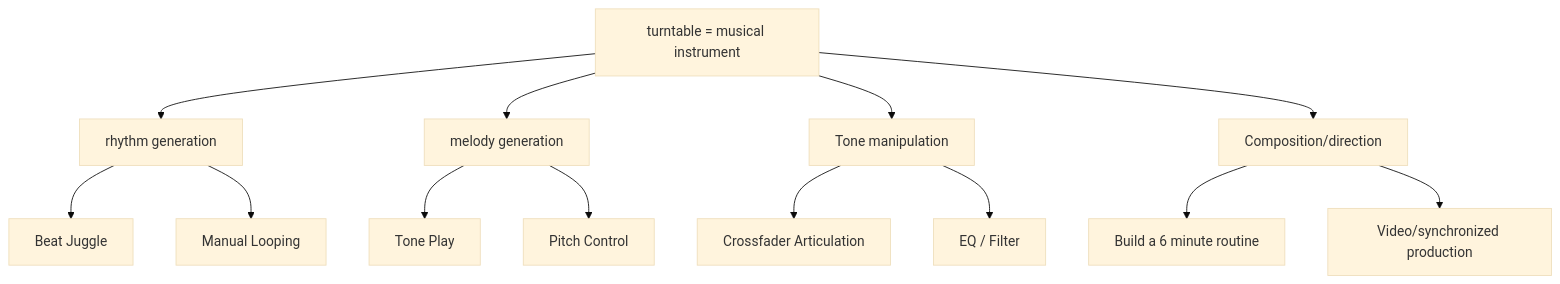
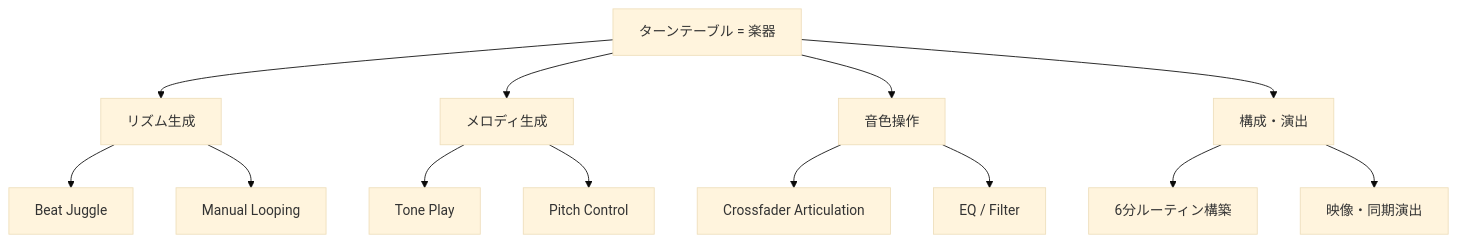
One commit to monumental-movement/monumental-movement.github.io changed the seventh of 9 diagrams in en/_posts/2025-11-23-column-dmc-world-dj-championship.md. Above: the diagram before and after it, drawn with Mermaid (base theme). The commit also changed other lines of this file and 2196 other files, not shown here.

```diff
--- a/en/_posts/2025-11-23-column-dmc-world-dj-championship.md
+++ b/en/_posts/2025-11-23-column-dmc-world-dj-championship.md
@@ -355,19 +354,19 @@
 <div class="mermaid">
 flowchart TB
-    A[turntable = musical instrument] --> B[rhythm generation]
-    A --> C[melody generation]
-    A --> D[Tone manipulation]
-    A --> E[Composition/direction]
+    A[ターンテーブル = 楽器] --> B[リズム生成]
+    A --> C[メロディ生成]
+    A --> D[音色操作]
+    A --> E[構成・演出]
 
     B --> B1[Beat Juggle]
     B --> B2[Manual Looping]
 
     C --> C1[Tone Play]
     C --> C2[Pitch Control]
 
     D --> D1[Crossfader Articulation]
     D --> D2[EQ / Filter]
 
-    E --> E1[Build a 6 minute routine]
-    E --> E2[Video/synchronized production]
+    E --> E1[6分ルーティン構築]
+    E --> E2[映像・同期演出]
 </div>
```
